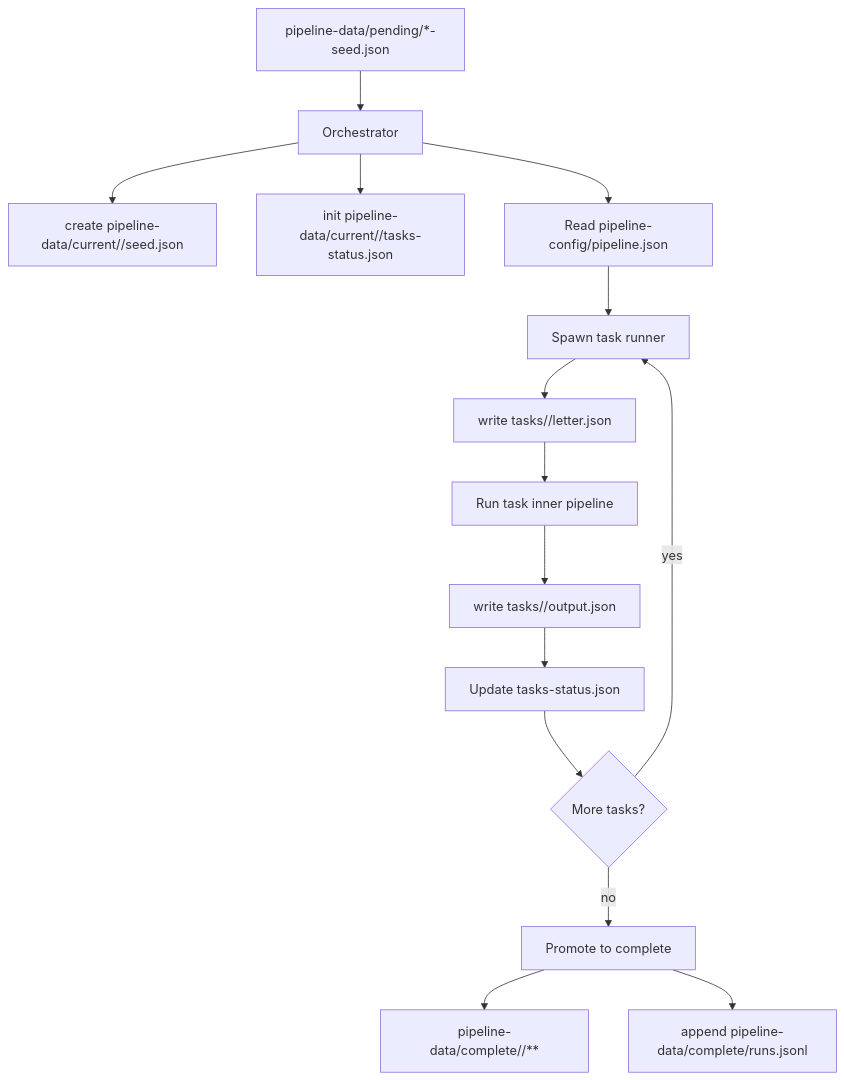
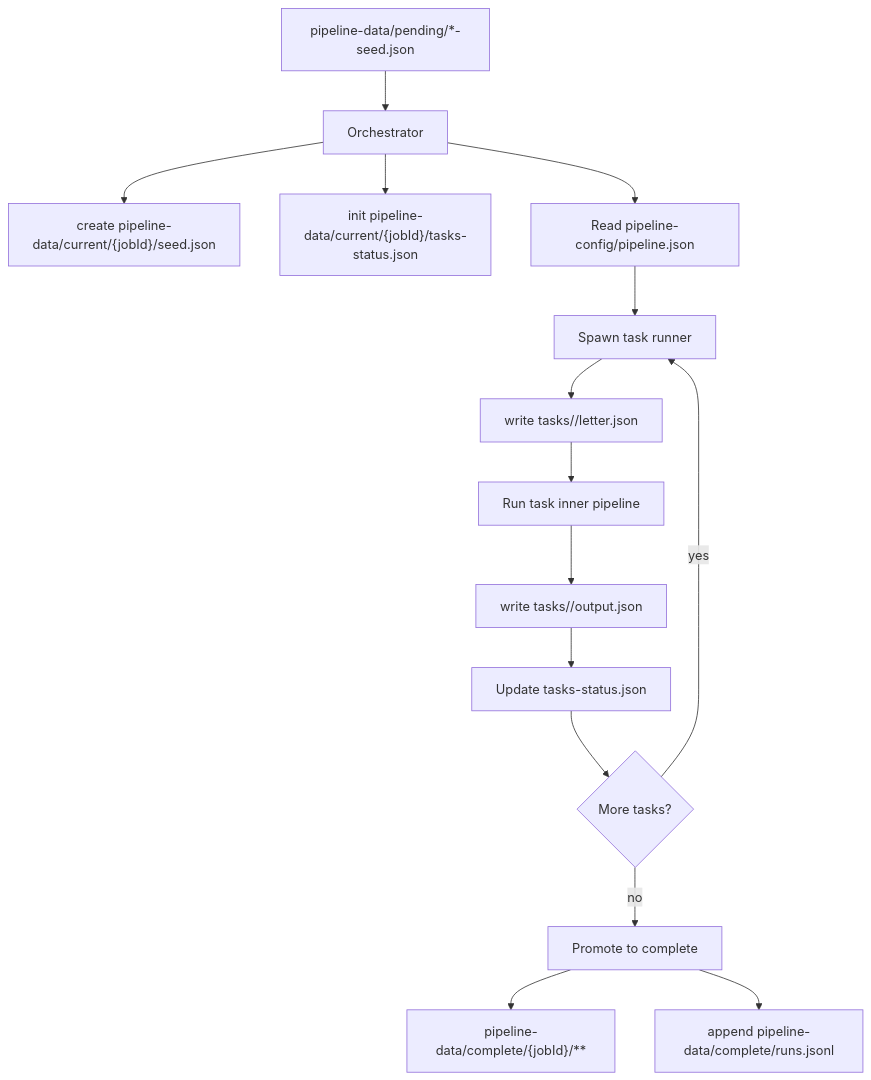
Before and after one commit to ryan-mahoney/prompt-orchestration-pipeline: the first of 2 diagrams in README.md, drawn with Mermaid. The commit also changed other lines of this file and 3 other files, not shown here.

````diff
--- a/README.md
+++ b/README.md
@@ -57,17 +57,17 @@
 ```mermaid
 flowchart TD
   A["pipeline-data/pending/*-seed.json"] --> B[Orchestrator]
-  B --> C["create pipeline-data/current/<id>/seed.json"]
-  B --> D["init pipeline-data/current/<id>/tasks-status.json"]
+  B --> C["create pipeline-data/current/{jobId}/seed.json"]
+  B --> D["init pipeline-data/current/{jobId}/tasks-status.json"]
   B --> E[Read pipeline-config/pipeline.json]
   E --> F[Spawn task runner]
   F --> G["write tasks/<task>/letter.json"]
   G --> H[Run task inner pipeline]
   H --> I["write tasks/<task>/output.json"]
   I --> J[Update tasks-status.json]
   J --> K{More tasks?}
   K -->|yes| F
   K -->|no| L[Promote to complete]
-  L --> M["pipeline-data/complete/<id>/**"]
+  L --> M["pipeline-data/complete/{jobId}/**"]
   L --> N["append pipeline-data/complete/runs.jsonl"]
 ```
````
